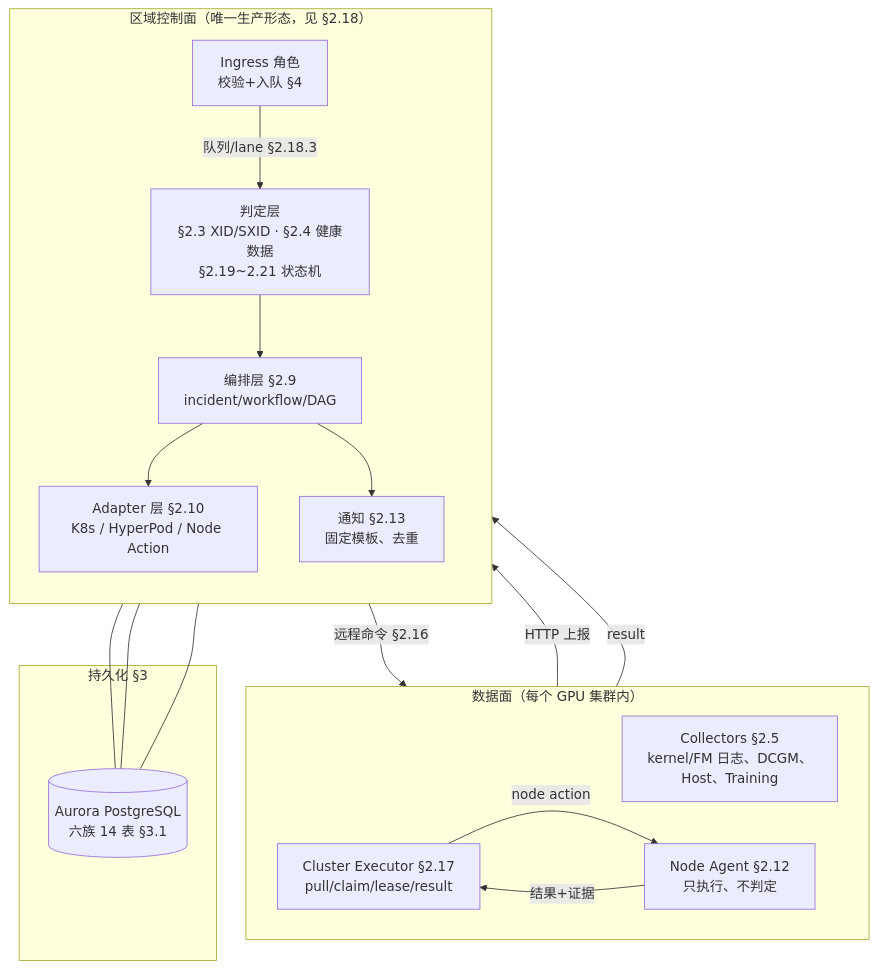
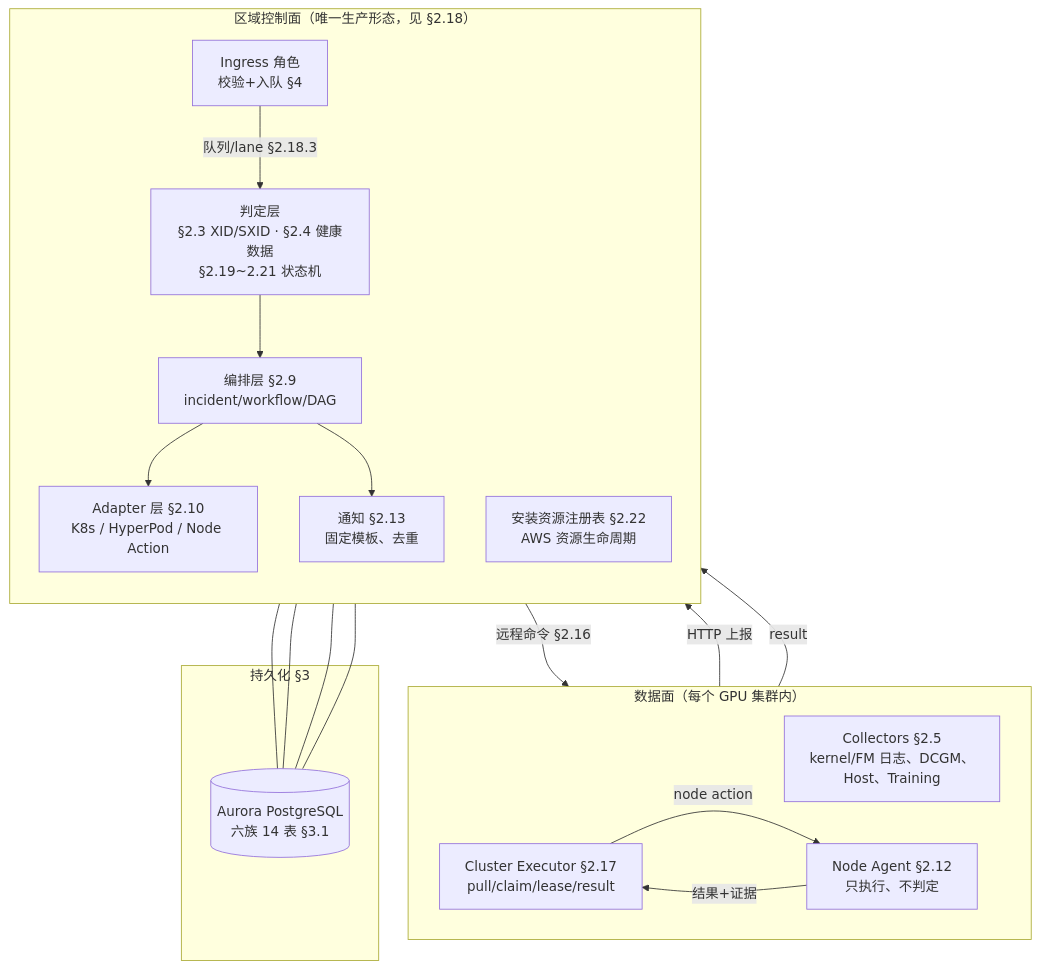
Before and after one commit to yuhuiaws/GPU-Fault-Recovery-System: the first of 7 diagrams in docs/详细设计.md, drawn with Mermaid. The commit also changed other lines of this file and 21 other files, not shown here.

````diff
--- a/docs/详细设计.md
+++ b/docs/详细设计.md
@@ -32,33 +32,35 @@
 ```mermaid
 flowchart TB
     subgraph DP["数据面（每个 GPU 集群内）"]
         direction LR
         COL["Collectors §2.5<br/>kernel/FM 日志、DCGM、<br/>Host、Training"]
         AG["Node Agent §2.12<br/>只执行、不判定"]
         EX["Cluster Executor §2.17<br/>pull/claim/lease/result"]
     end
     subgraph CP["区域控制面（唯一生产形态，见 §2.18）"]
         direction TB
         API["Ingress 角色<br/>校验+入队 §4"]
         POL["判定层<br/>§2.3 XID/SXID · §2.4 健康数据<br/>§2.19~2.21 状态机"]
         WF["编排层 §2.9<br/>incident/workflow/DAG"]
         ADP["Adapter 层 §2.10<br/>K8s / HyperPod / Node Action"]
         NOTIF["通知 §2.13<br/>固定模板、去重"]
+        RES["安装资源注册表 §2.22<br/>AWS 资源生命周期"]
     end
     subgraph ST["持久化 §3"]
         DB[("Aurora PostgreSQL<br/>六族 14 表 §3.1")]
     end
 
     COL -->|HTTP 上报| API
     API -->|队列/lane §2.18.3| POL
     POL --> WF
     WF --> ADP
     WF --> NOTIF
     ADP -->|远程命令 §2.16| EX
     EX -->|node action| AG
     AG -->|结果+证据| EX
     EX -->|result| API
     POL --- DB
     WF --- DB
     API --- DB
+    RES --- DB
 ```
````
